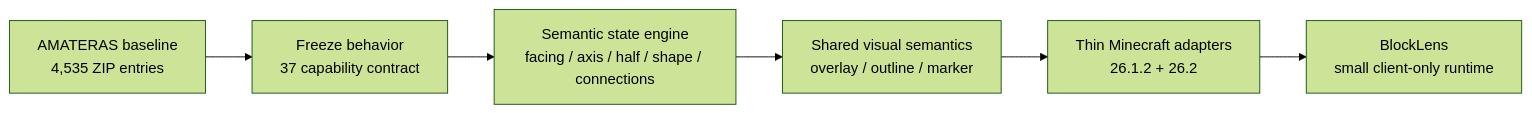
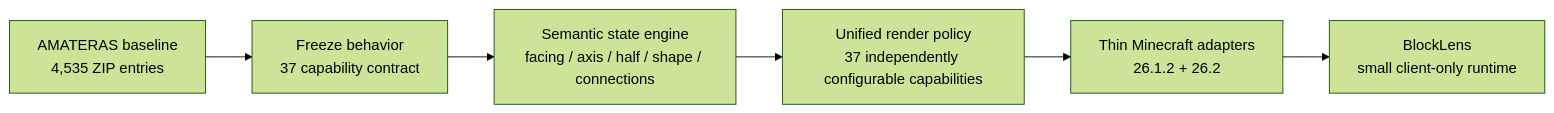
One commit to bosatsu25/BlockLens changed the first of 5 diagrams in README.md. Above: the diagram before and after it, drawn with Mermaid (forest theme). The commit also changed other lines of this file, not shown here.

````diff
--- a/README.md
+++ b/README.md
@@ -15,8 +15,8 @@
 ```mermaid
 flowchart LR
     A[AMATERAS baseline\n4,535 ZIP entries] --> B[Freeze behavior\n37 capability contract]
     B --> C[Semantic state engine\nfacing / axis / half / shape / connections]
-    C --> D[Shared visual semantics\noverlay / outline / marker]
+    C --> D[Unified render policy\n37 independently configurable capabilities]
     D --> E[Thin Minecraft adapters\n26.1.2 + 26.2]
     E --> F[BlockLens\nsmall client-only runtime]
 ```
````
